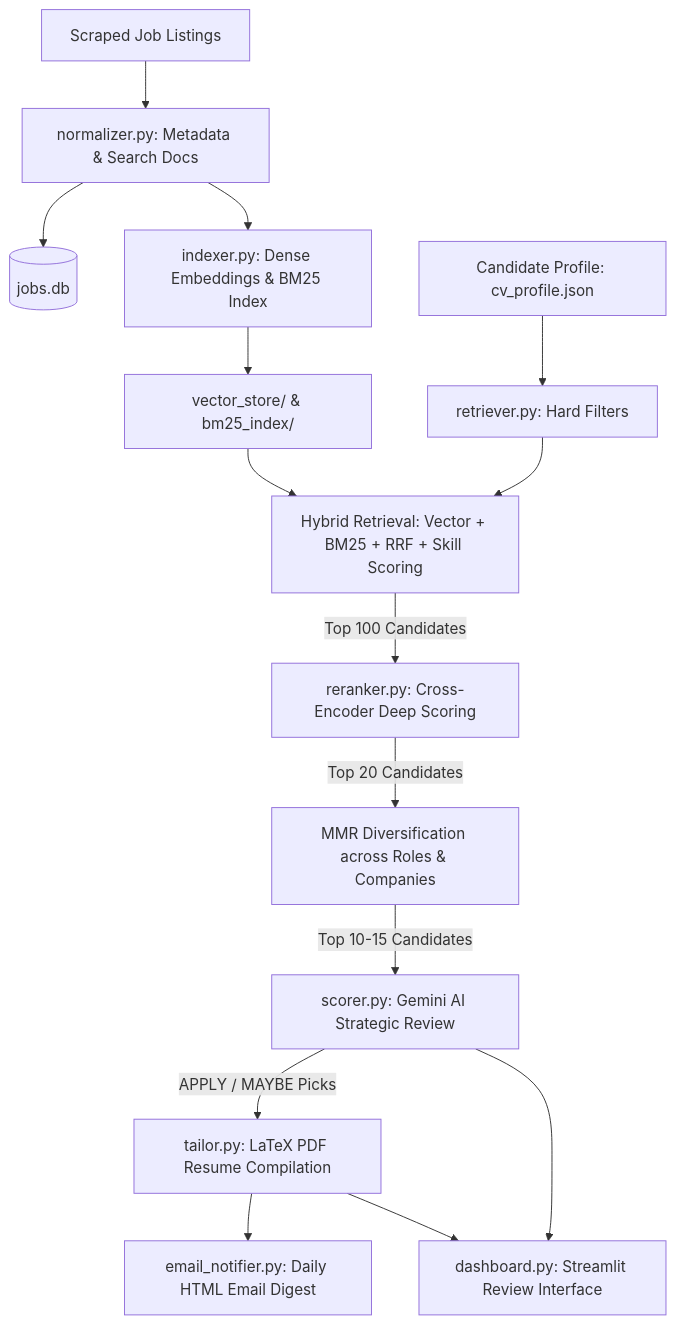
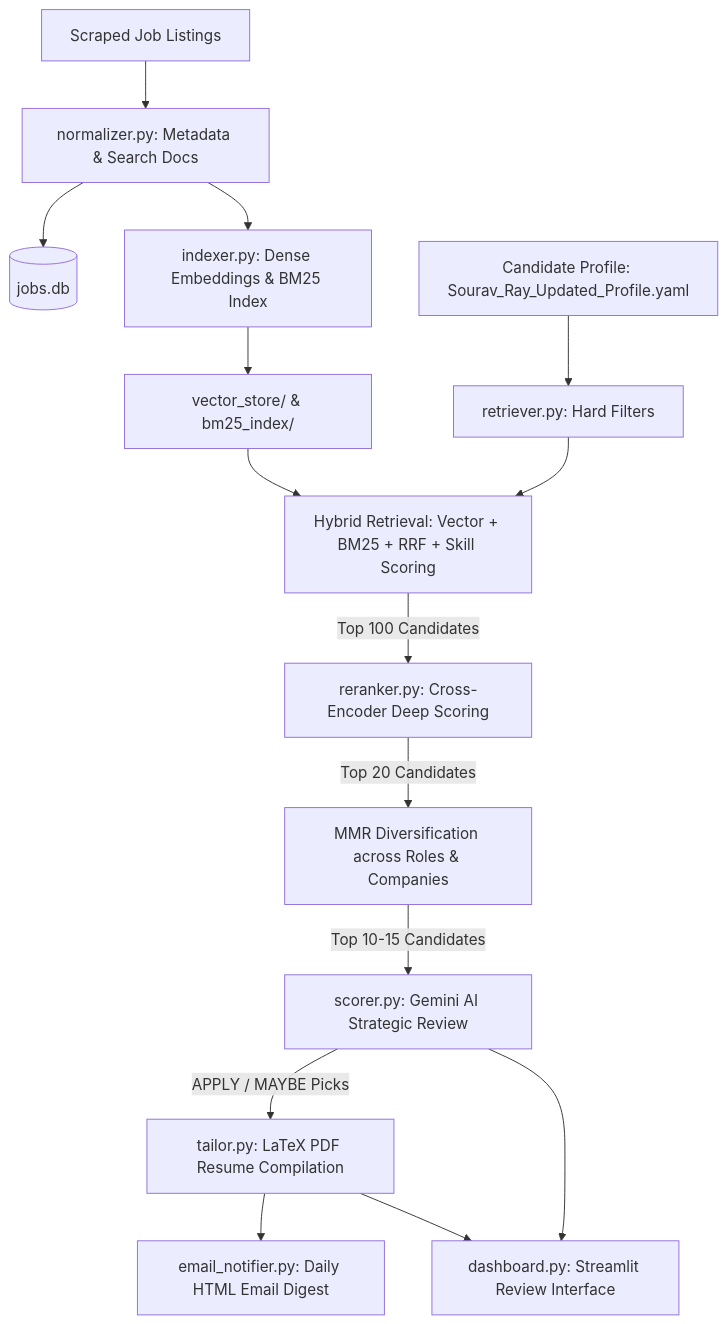
Before and after one commit to SouravRay17/job-discovery-assistant: the diagram in README.md, drawn with Mermaid. The commit also changed 4 other files, not shown here.

Commit message:
chore: remove cv_profile.json in favor of Sourav_Ray_Updated_Profile.yaml as sole candidate profile

````diff
--- a/README.md
+++ b/README.md
@@ -9,16 +9,16 @@
 ```mermaid
 flowchart TD
     A[Scraped Job Listings] --> B[normalizer.py: Metadata & Search Docs]
     B --> C[(jobs.db)]
     B --> D[indexer.py: Dense Embeddings & BM25 Index]
     D --> E[vector_store/ & bm25_index/]
     
-    F[Candidate Profile: cv_profile.json] --> G[retriever.py: Hard Filters]
+    F[Candidate Profile: Sourav_Ray_Updated_Profile.yaml] --> G[retriever.py: Hard Filters]
     E & G --> H[Hybrid Retrieval: Vector + BM25 + RRF + Skill Scoring]
     H -->|Top 100 Candidates| I[reranker.py: Cross-Encoder Deep Scoring]
     I -->|Top 20 Candidates| J[MMR Diversification across Roles & Companies]
     J -->|Top 10-15 Candidates| K[scorer.py: Gemini AI Strategic Review]
     K -->|APPLY / MAYBE Picks| L[tailor.py: LaTeX PDF Resume Compilation]
     L --> M[email_notifier.py: Daily HTML Email Digest]
     L & K --> N[dashboard.py: Streamlit Review Interface]
 ```
````
